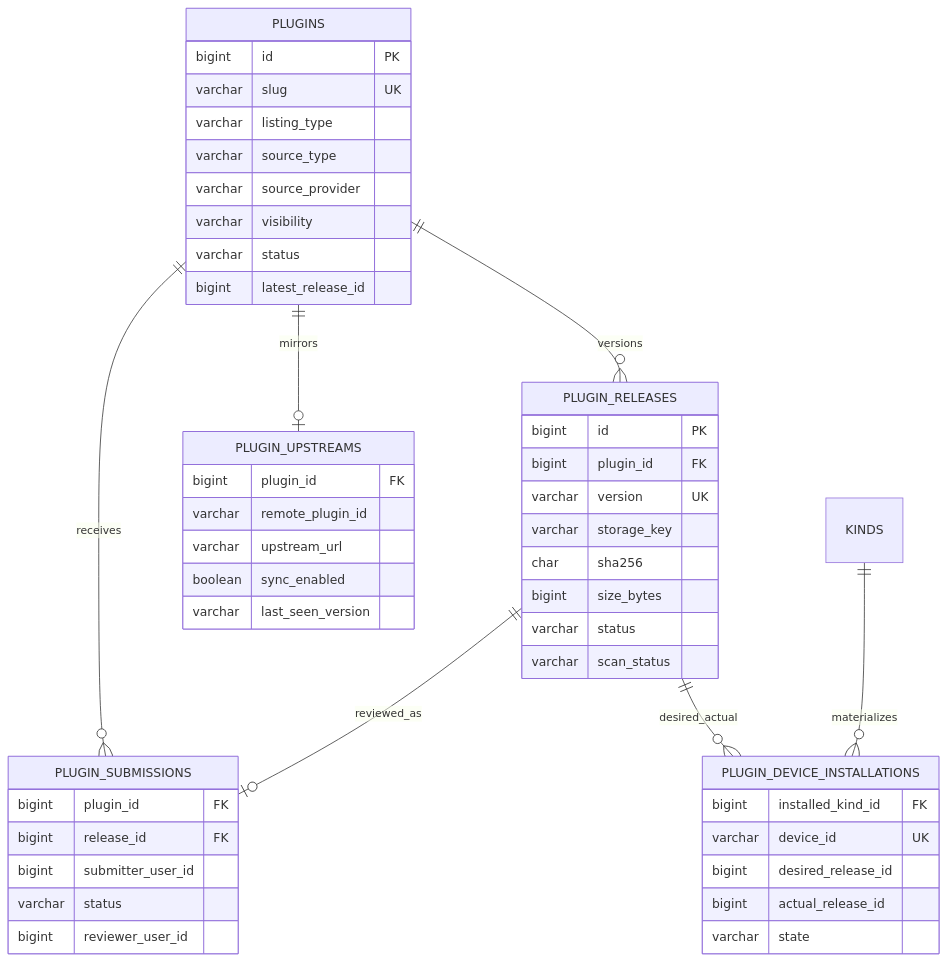
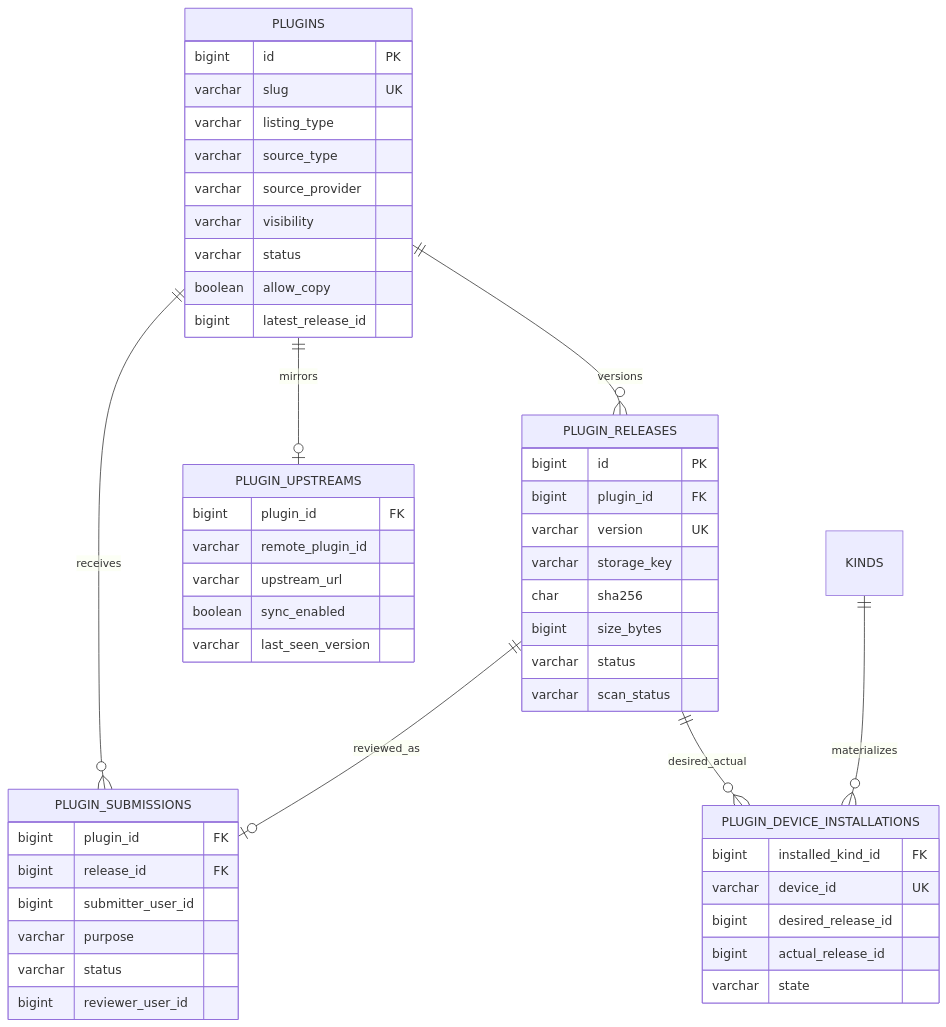
Before and after one commit to wecode-ai/Wegent: the first of 3 diagrams in docs/zh/wework/developer-guide/plugin-marketplace-v2.md, drawn with Mermaid. The commit also changed other lines of this file and 1 other file, not shown here.

````diff
--- a/docs/zh/wework/developer-guide/plugin-marketplace-v2.md
+++ b/docs/zh/wework/developer-guide/plugin-marketplace-v2.md
@@ -39,51 +40,53 @@
 ```mermaid
 erDiagram
   PLUGINS ||--o{ PLUGIN_RELEASES : versions
   PLUGINS ||--o| PLUGIN_UPSTREAMS : mirrors
   PLUGINS ||--o{ PLUGIN_SUBMISSIONS : receives
   PLUGIN_RELEASES ||--o| PLUGIN_SUBMISSIONS : reviewed_as
   PLUGIN_RELEASES ||--o{ PLUGIN_DEVICE_INSTALLATIONS : desired_actual
   KINDS ||--o{ PLUGIN_DEVICE_INSTALLATIONS : materializes
 
   PLUGINS {
     bigint id PK
     varchar slug UK
     varchar listing_type
     varchar source_type
     varchar source_provider
     varchar visibility
     varchar status
+    boolean allow_copy
     bigint latest_release_id
   }
   PLUGIN_RELEASES {
     bigint id PK
     bigint plugin_id FK
     varchar version UK
     varchar storage_key
     char sha256
     bigint size_bytes
     varchar status
     varchar scan_status
   }
   PLUGIN_UPSTREAMS {
     bigint plugin_id FK
     varchar remote_plugin_id
     varchar upstream_url
     boolean sync_enabled
     varchar last_seen_version
   }
   PLUGIN_SUBMISSIONS {
     bigint plugin_id FK
     bigint release_id FK
     bigint submitter_user_id
+    varchar purpose
     varchar status
     bigint reviewer_user_id
   }
   PLUGIN_DEVICE_INSTALLATIONS {
     bigint installed_kind_id FK
     varchar device_id UK
     bigint desired_release_id
     bigint actual_release_id
     varchar state
   }
 ```
````
